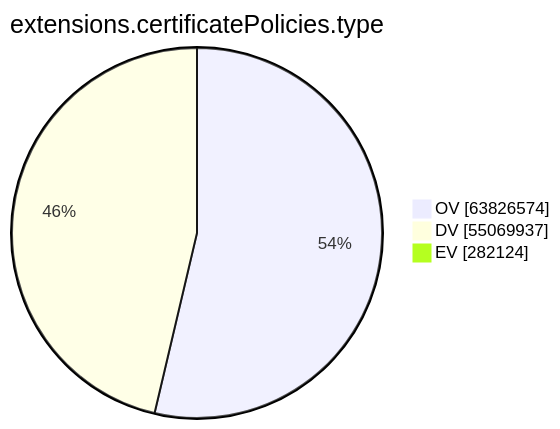
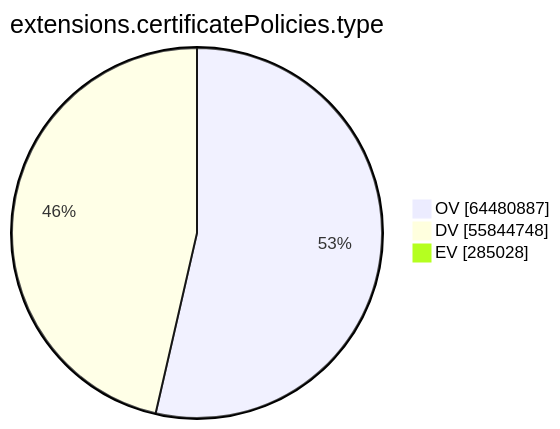
Before and after one commit to christiankrug/ctmonitor_visualization: the ninth of 15 diagrams in xenon2023/README.md, drawn with Mermaid. The commit also changed other lines of this file, not shown here.

````diff
--- a/xenon2023/README.md
+++ b/xenon2023/README.md
@@ -2159,7 +2159,7 @@
 ```mermaid
 pie showData
 title extensions.certificatePolicies.type
-"OV" :63826574
-"DV" :55069937
-"EV" :282124
+"OV" :64480887
+"DV" :55844748
+"EV" :285028
 ```
````
